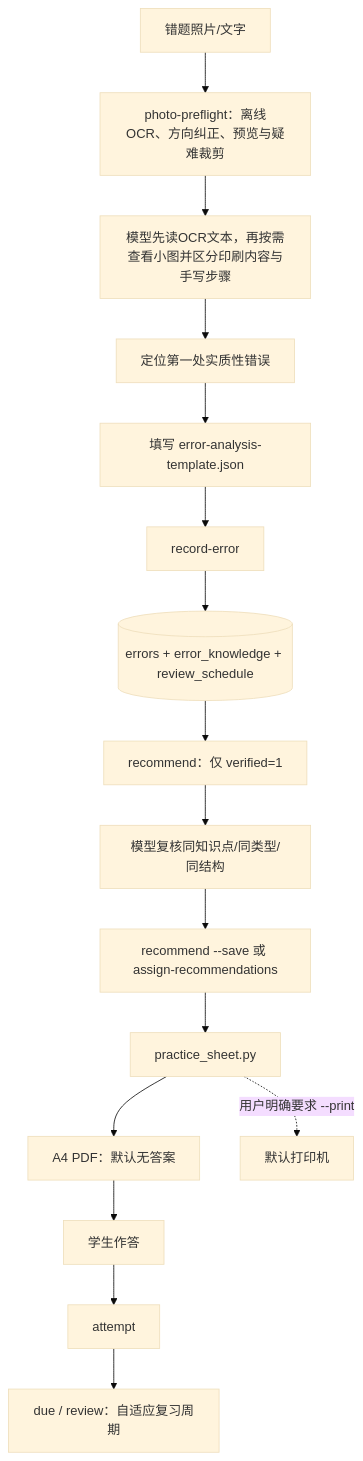
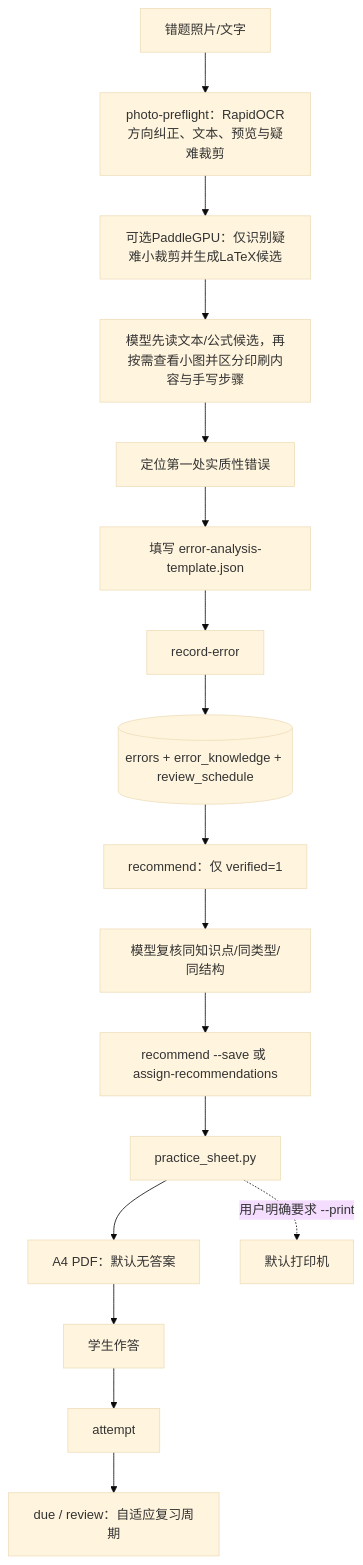
Before and after one commit to chjesu/lizhaolin-math-error-notebook: the second of 5 diagrams in PROJECT_ARCHITECTURE.md, drawn with Mermaid (base theme). The commit also changed other lines of this file and 7 other files, not shown here.

Commit message:
feat: add GPU formula OCR to photo grading

````diff
--- a/PROJECT_ARCHITECTURE.md
+++ b/PROJECT_ARCHITECTURE.md
@@ -54,18 +54,19 @@
 ```mermaid
 flowchart TD
-    IMG["错题照片/文字"] --> OCR["photo-preflight：离线OCR、方向纠正、预览与疑难裁剪"]
-    OCR --> G["模型先读OCR文本，再按需查看小图并区分印刷内容与手写步骤"]
+    IMG["错题照片/文字"] --> OCR["photo-preflight：RapidOCR方向纠正、文本、预览与疑难裁剪"]
+    OCR --> FORMULA["可选PaddleGPU：仅识别疑难小裁剪并生成LaTeX候选"]
+    FORMULA --> G["模型先读文本/公式候选，再按需查看小图并区分印刷内容与手写步骤"]
     G --> W["定位第一处实质性错误"]
     W --> J["填写 error-analysis-template.json"]
     J --> RE["record-error"]
     RE --> E[("errors + error_knowledge + review_schedule")]
     E --> RC["recommend：仅 verified=1"]
     RC --> RV["模型复核同知识点/同类型/同结构"]
     RV --> SR["recommend --save 或 assign-recommendations"]
     SR --> PS["practice_sheet.py"]
     PS --> PDF["A4 PDF：默认无答案"]
     PS -. "用户明确要求 --print" .-> PRINT["默认打印机"]
     PDF --> AT["学生作答"]
     AT --> ATT["attempt"]
     ATT --> DUE["due / review：自适应复习周期"]
 ```
````
